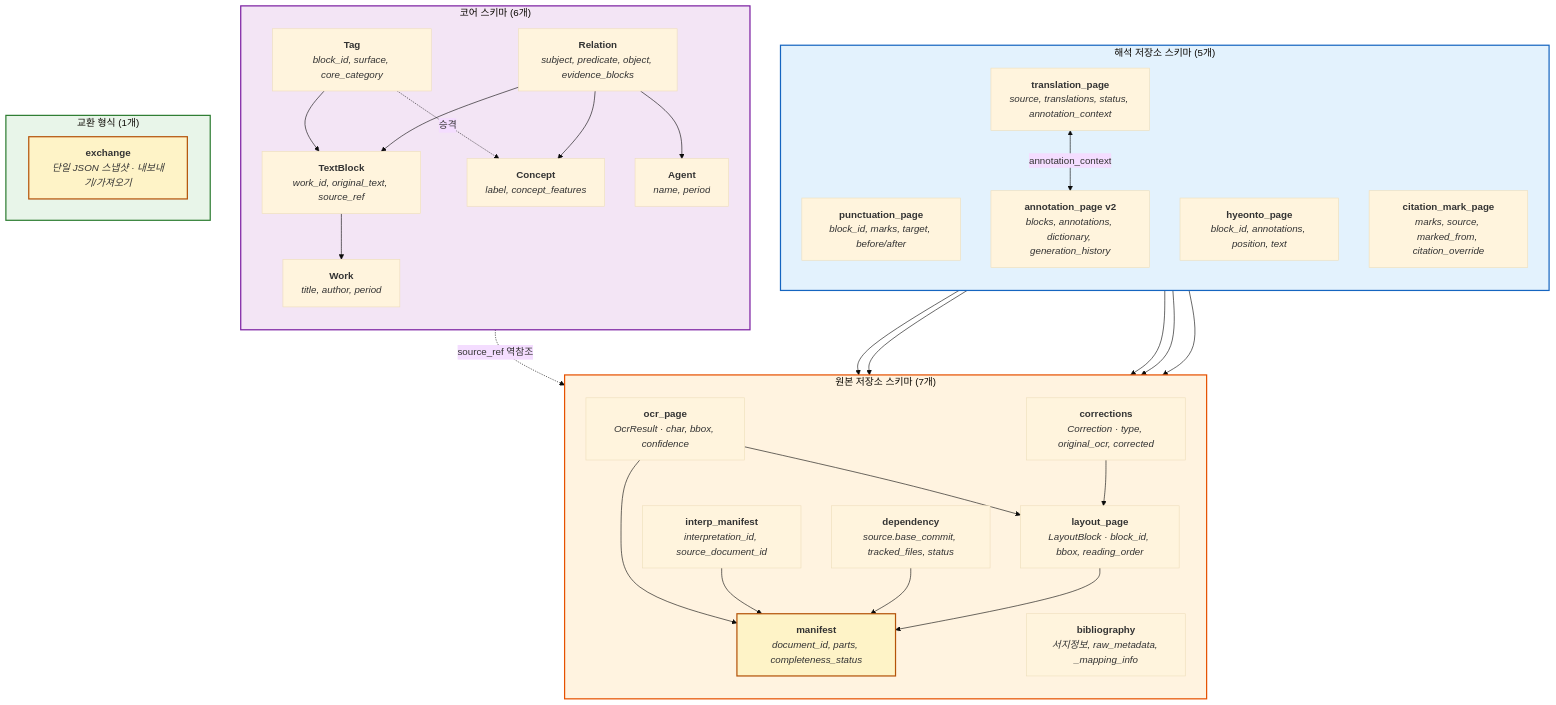
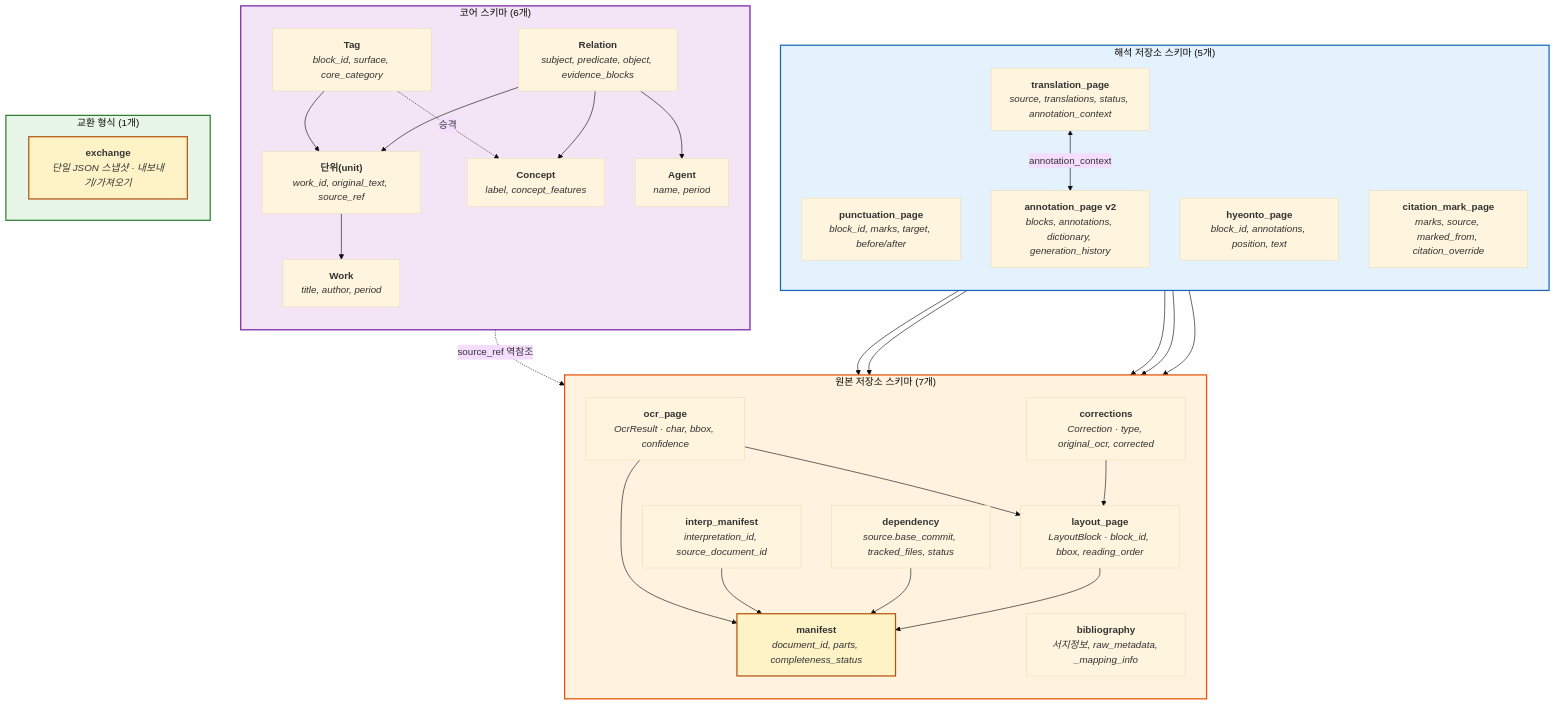
One commit to hw725/classical-text-browser changed the seventh of 13 diagrams in docs/architecture-diagrams.md. Above: the diagram before and after it, drawn with Mermaid (base theme). The commit also changed other lines of this file and 37 other files, not shown here.

````diff
--- a/docs/architecture-diagrams.md
+++ b/docs/architecture-diagrams.md
@@ -578,63 +578,63 @@
 ```mermaid
 flowchart TB
     subgraph SRC_SCHEMA["원본 저장소 스키마 (7개)"]
         direction TB
         S_MAN["<b>manifest</b><br/><i>document_id, parts, completeness_status</i>"]
         S_BIB["<b>bibliography</b><br/><i>서지정보, raw_metadata, _mapping_info</i>"]
         S_OCR["<b>ocr_page</b><br/><i>OcrResult · char, bbox, confidence</i>"]
         S_LAY["<b>layout_page</b><br/><i>LayoutBlock · block_id, bbox, reading_order</i>"]
         S_COR["<b>corrections</b><br/><i>Correction · type, original_ocr, corrected</i>"]
         S_IMP["<b>interp_manifest</b><br/><i>interpretation_id, source_document_id</i>"]
         S_DEP["<b>dependency</b><br/><i>source.base_commit, tracked_files, status</i>"]
     end
 
     subgraph INT_SCHEMA["해석 저장소 스키마 (5개)"]
         direction TB
         I_PUN["<b>punctuation_page</b><br/><i>block_id, marks, target, before/after</i>"]
         I_HYE["<b>hyeonto_page</b><br/><i>block_id, annotations, position, text</i>"]
         I_TRA["<b>translation_page</b><br/><i>source, translations, status, annotation_context</i>"]
         I_ANN["<b>annotation_page v2</b><br/><i>blocks, annotations, dictionary, generation_history</i>"]
         I_CIT["<b>citation_mark_page</b><br/><i>marks, source, marked_from, citation_override</i>"]
     end
 
     subgraph CORE_SCHEMA["코어 스키마 (6개)"]
         direction TB
         C_WOR["<b>Work</b><br/><i>title, author, period</i>"]
-        C_TB["<b>TextBlock</b><br/><i>work_id, original_text, source_ref</i>"]
+        C_TB["<b>단위(unit)</b><br/><i>work_id, original_text, source_ref</i>"]
         C_TAG["<b>Tag</b><br/><i>block_id, surface, core_category</i>"]
         C_CON["<b>Concept</b><br/><i>label, concept_features</i>"]
         C_AGE["<b>Agent</b><br/><i>name, period</i>"]
         C_REL["<b>Relation</b><br/><i>subject, predicate, object, evidence_blocks</i>"]
     end
 
     subgraph EXCHANGE["교환 형식 (1개)"]
         EX["<b>exchange</b><br/><i>단일 JSON 스냅샷 · 내보내기/가져오기</i>"]
     end
 
     S_LAY --> S_MAN
     S_OCR --> S_MAN
     S_OCR --> S_LAY
     S_COR --> S_LAY
     S_IMP --> S_MAN
     S_DEP --> S_MAN
     I_PUN --> S_LAY
     I_HYE --> S_LAY
     I_TRA --> S_LAY
     I_ANN --> S_LAY
     I_CIT --> S_LAY
     I_TRA <-->|"annotation_context"| I_ANN
     C_TB --> C_WOR
     C_TAG --> C_TB
     C_TAG -.->|"승격"| C_CON
     C_REL --> C_AGE
     C_REL --> C_CON
     C_REL --> C_TB
     C_TB -.->|"source_ref 역참조"| S_MAN
 
     style SRC_SCHEMA fill:#fff3e0,stroke:#e65100,stroke-width:2px
     style S_MAN fill:#fef3c7,stroke:#b45309,stroke-width:2px
     style INT_SCHEMA fill:#e3f2fd,stroke:#1565c0,stroke-width:2px
     style CORE_SCHEMA fill:#f3e5f5,stroke:#7b1fa2,stroke-width:2px
     style EXCHANGE fill:#e8f5e9,stroke:#2e7d32,stroke-width:2px
     style EX fill:#fef3c7,stroke:#b45309,stroke-width:2px
 ```
````
